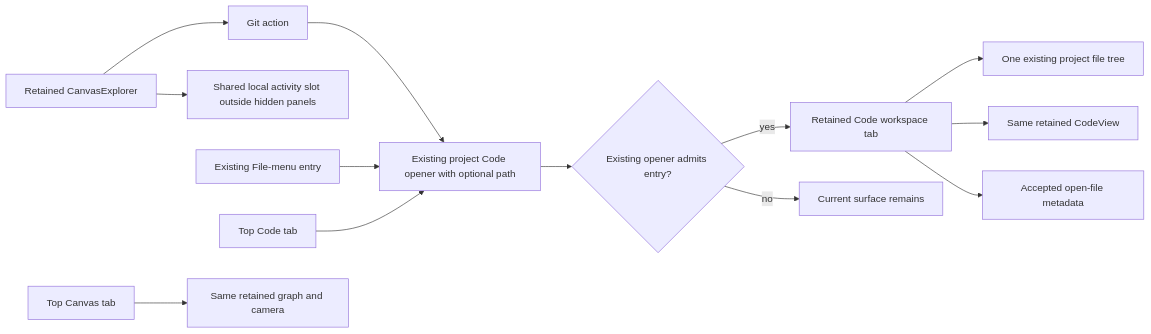
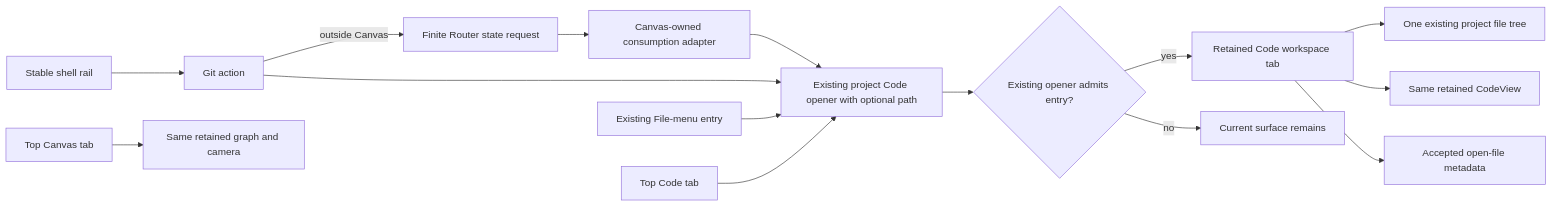
Diagram 19 of 20 in docs/architecture/components/web/graph/canvas-shell-component.md (dunay2/dvt), drawn with Mermaid before and after one commit. The commit also changed other lines of this file and 424 other files, not shown here.

````diff
--- a/docs/architecture/components/web/graph/canvas-shell-component.md
+++ b/docs/architecture/components/web/graph/canvas-shell-component.md
@@ -904,15 +1051,17 @@
 ```mermaid
 flowchart LR
-  Explorer[Retained CanvasExplorer] --> Git[Git action]
-  Explorer --> Slot[Shared local activity slot outside hidden panels]
+  Shell[Stable shell rail] --> Git[Git action]
+  Git -->|outside Canvas| Router[Finite Router state request]
+  Router --> Entry[Canvas-owned consumption adapter]
+  Entry --> Opener
   Git --> Opener[Existing project Code opener with optional path]
   File[Existing File-menu entry] --> Opener
   CodeTab[Top Code tab] --> Opener
   Opener --> Admission{Existing opener admits entry?}
   Admission -->|yes| Code[Retained Code workspace tab]
   Admission -->|no| Prior[Current surface remains]
   Code --> Tree[One existing project file tree]
   Code --> Editor[Same retained CodeView]
   Code --> Metadata[Accepted open-file metadata]
   Return[Top Canvas tab] --> Graph[Same retained graph and camera]
 ```
````
